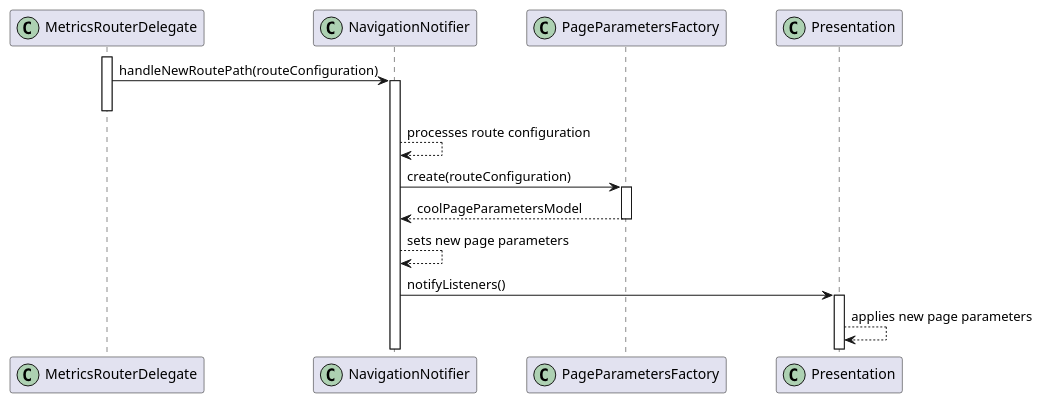
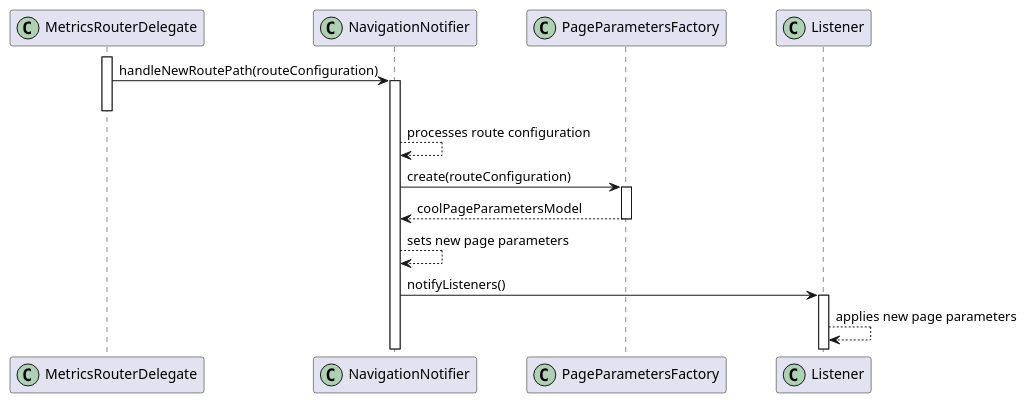
Before and after one commit to Flank/flank-dashboard: the diagram in metrics/web/docs/features/deep_links/diagrams/updating_page_parameters_sequence_diagram.puml, drawn with PlantUML. The commit also changed 1 other file, not shown here.

Commit message:
Minor diagram improvements

```diff
--- a/metrics/web/docs/features/deep_links/diagrams/updating_page_parameters_sequence_diagram.puml
+++ b/metrics/web/docs/features/deep_links/diagrams/updating_page_parameters_sequence_diagram.puml
@@ -1,31 +1,31 @@
 @startuml updating_page_parameters_sequence_diagram
 
 skinparam ParticipantPadding 20
 skinparam BoxPadding 10
 
 participant MetricsRouterDelegate << (C,#ADD1B2) >>
 participant NavigationNotifier << (C,#ADD1B2) >>
 participant PageParametersFactory << (C,#ADD1B2) >>
-participant Presentation << (C,#ADD1B2) >>
+participant Listener << (C,#ADD1B2) >>
 
 activate MetricsRouterDelegate
 MetricsRouterDelegate -> NavigationNotifier: handleNewRoutePath(routeConfiguration)
 activate NavigationNotifier
 deactivate MetricsRouterDelegate
 
 NavigationNotifier --> NavigationNotifier: processes route configuration
 
 NavigationNotifier -> PageParametersFactory: create(routeConfiguration)
 activate PageParametersFactory
 
 PageParametersFactory --> NavigationNotifier: coolPageParametersModel
 deactivate PageParametersFactory
 
 NavigationNotifier --> NavigationNotifier: sets new page parameters
 
-NavigationNotifier -> Presentation: notifyListeners()
-activate Presentation
+NavigationNotifier -> Listener: notifyListeners()
+activate Listener
 
-Presentation --> Presentation: applies new page parameters
+Listener --> Listener: applies new page parameters
 
 @enduml
```
